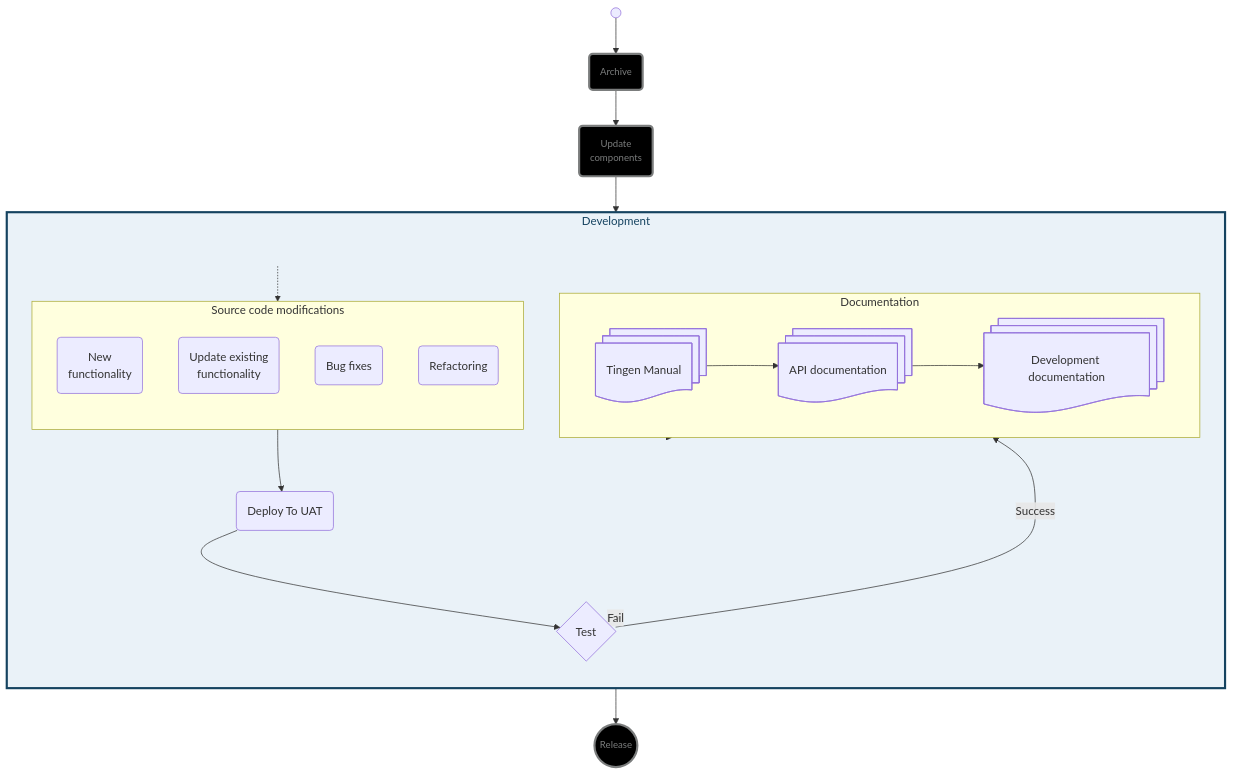
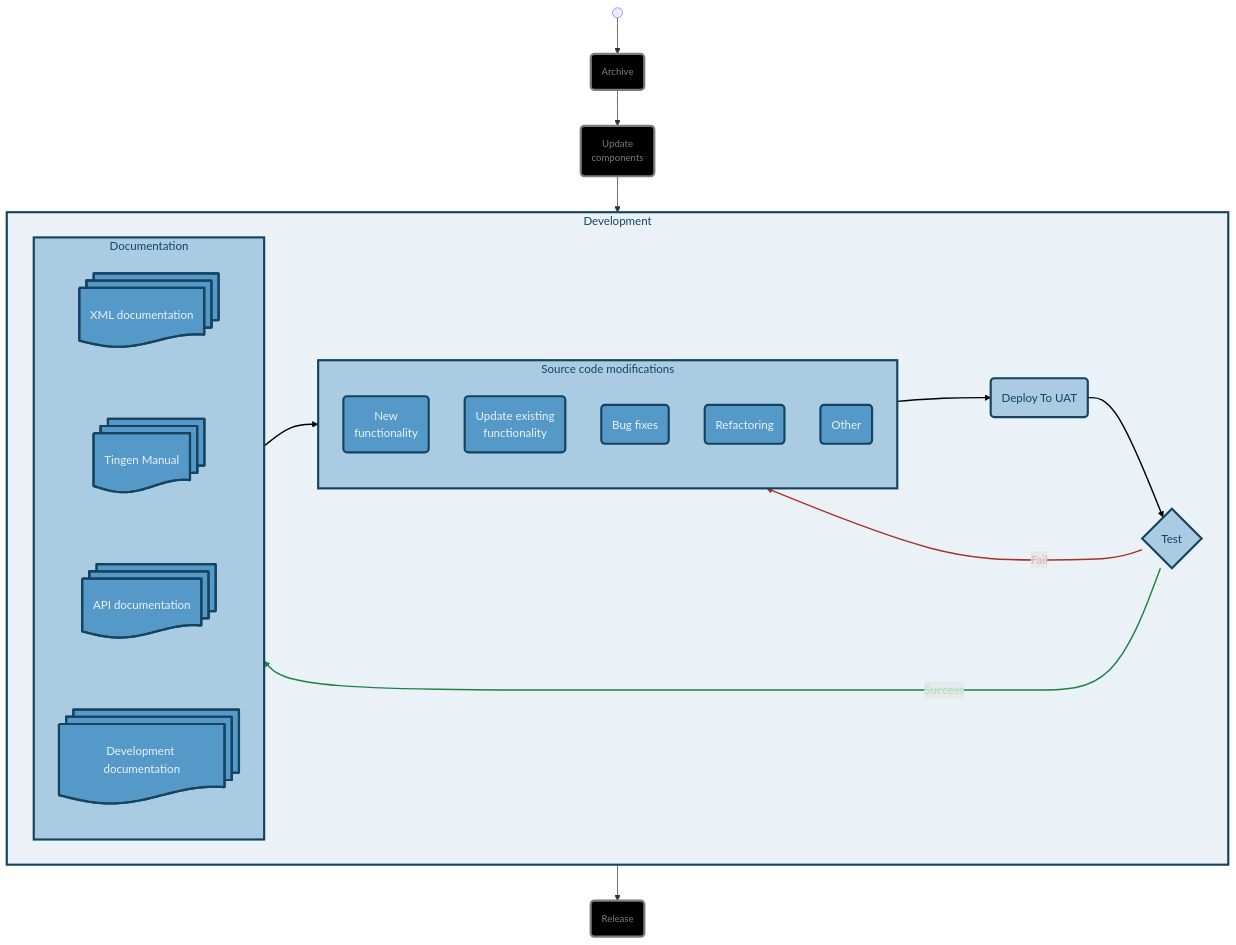
The fourth of 5 diagrams in Development/Workflows/workflows.md (spectrum-health-systems/tingen-documentation), drawn with Mermaid before and after one commit. The commit also changed other lines of this file, not shown here.

````diff
--- a/Development/Workflows/workflows.md
+++ b/Development/Workflows/workflows.md
@@ -243,57 +232,60 @@
 ```mermaid
 flowchart TB 
   %% Components
   Start@{shape: sm-circ, label: "Start the workflow\n[sm-circ]"}
   Archive@{shape: rounded, label: "Archive"}
   UpdateComponents@{shape: rounded, label: "Update\ncomponents"}
-  Release@{shape: circ, label: "Release"}
+  Release@{shape: rounded, label: "Release"}
   %% Subgraphs
   subgraph _Development ["Development"]
-    direction TB
+    direction LR
       DeployToUat@{shape: rounded, label: "Deploy To UAT"}
       Test@{shape: diamond, label: "Test"}
       subgraph _SourceCodeModifications ["Source code modifications"]
         direction TB
         %% Components
         NewFunctionality@{shape: rounded, label: "New\nfunctionality"}
         UpdateExistingFunctionality@{shape: rounded, label: "Update existing\nfunctionality"}
         BugFixes@{shape: rounded, label: "Bug fixes"}
-        Refactor@{shape: rounded, label: "Refactoring"}
+        Refactoring@{shape: rounded, label: "Refactoring"}
+        Other@{shape: rounded, label: "Other"}
+        NewFunctionality:::U7_
+        UpdateExistingFunctionality:::U7_
+        BugFixes:::U7_
+        Refactoring:::U7_
+        Other:::U7_
       end
       subgraph _Documentation ["Documentation"]
-        direction LR
+        direction TB
         %% Components
+        XmlDocumentation@{shape: docs, label: "XML documentation"}
         TingenManual@{shape: docs, label: "Tingen Manual"}
         APIDocumentation@{shape: docs, label: "API documentation"}
         DevelopmentDocumentation@{shape: docs, label: "Development documentation"}
-        TingenManual--> APIDocumentation --> DevelopmentDocumentation
+        XmlDocumentation:::U7_ ~~~ TingenManual:::U7_ ~~~ APIDocumentation:::U7_ ~~~ DevelopmentDocumentation:::U7_
       end
-      StartDevelopment:::Hidden -.-> _SourceCodeModifications --> DeployToUat --> Test  
+      _SourceCodeModifications:::U6_ --> DeployToUat:::U6_ --> Test:::U6_  
   end
 
   %% Layout
   Start --> Archive:::B7a_ --> UpdateComponents:::B7a_ --> _Development:::U5_ --> Release:::B7a_
-  Test -- Fail --> _Development
-  Test -- Success --> _Documentation
-  _Documentation --> _Development
+  Test -- Fail --> _SourceCodeModifications
+  Test -- Success --> _Documentation:::U6_
+  _Documentation --> _SourceCodeModifications
   %% Styles
   classDef U0_ stroke:#eaf2f8,stroke-width:3px,fill:#eaf2f8,color:#154360
   classDef U1_ stroke:#eaf2f8,stroke-width:3px,fill:#a9cce3,color:#154360
   classDef U2_ stroke:#eaf2f8,stroke-width:3px,fill:#5499c7,color:#eaf2f8
   classDef U3_ stroke:#eaf2f8,stroke-width:3px,fill:#2471a3,color:#eaf2f8
   classDef U4_ stroke:#eaf2f8,stroke-width:3px,fill:#154360,color:#eaf2f8
   classDef U5_ stroke:#154360,stroke-width:3px,fill:#eaf2f8,color:#154360
   classDef U6_ stroke:#154360,stroke-width:3px,fill:#a9cce3,color:#154360
   classDef U7_ stroke:#154360,stroke-width:3px,fill:#5499c7,color:#eaf2f8
   classDef U8_ stroke:#154360,stroke-width:3px,fill:#2471a3,color:#eaf2f8
   classDef U9_ stroke:#154360,stroke-width:3px,fill:#154360,color:#eaf2f8
-
-  classDef R0_ stroke:#f9ebea,stroke-width:3px,fill:#f9ebea,color:#641e16
-  classDef P5_ stroke:#f5eef8,stroke-width:3px,fill:#f5eef8,color:#512e5f
-  classDef P5a_ stroke:#512e5f,stroke-width:3px,fill:#f5eef8,color:#512e5f,font-size:8pt 
-  classDef P6_ stroke:#512e5f,stroke-width:3px,fill:#d7bde2,color:#512e5f
-  classDef G2_ stroke:#e9f7ef,stroke-width:3px,fill:#52be80,color:#e9f7ef
   classDef B7a_ stroke:#7b7d7d,stroke-width:3px,fill:#000000,color:#7b7d7d,font-size: 10pt
   classDef Hidden display: none;
-  %%linkStyle 0,1,2,3,4,5,6,7,8,9,10,11 stroke:#000000,stroke-width:1px
+  linkStyle 3,4,11 stroke:#000000,stroke-width:2px
+  linkStyle 9 stroke:#A93226,stroke-width:2px, color: #E6B0AA
+  linkStyle 10 stroke:#1d8348,stroke-width:2px, color: #a9dfbf
 ```
````
